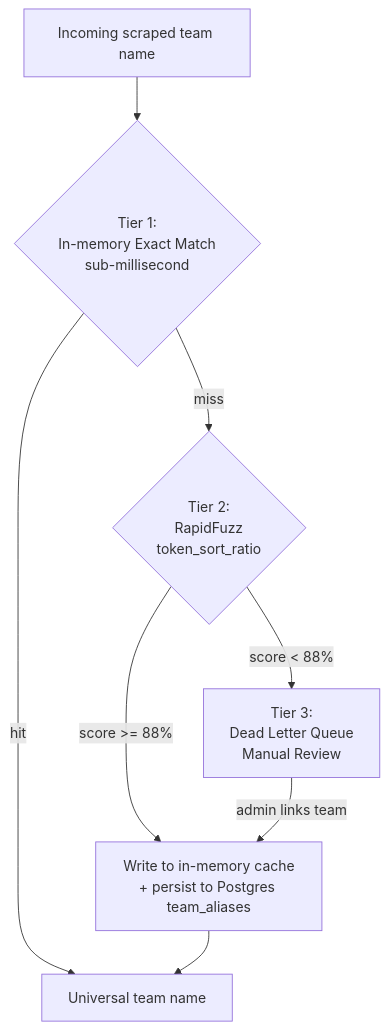
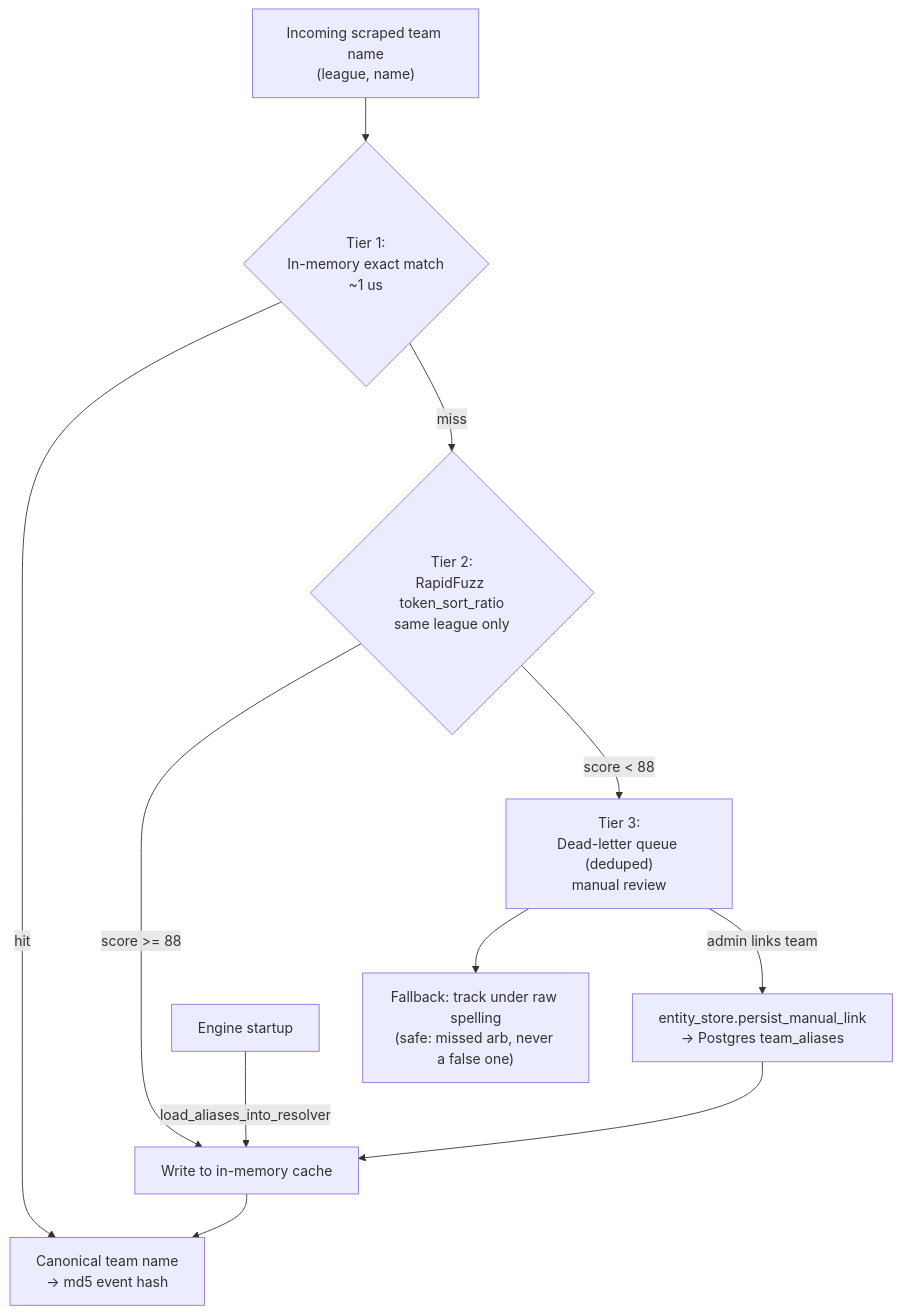
Before and after one commit to MadunaCapital/scanner-schemas: the fourth of 6 diagrams in docs/architecture-diagrams.md, drawn with Mermaid. The commit also changed other lines of this file and 2 other files, not shown here.

First line of the commit message:
Bring as-built doc and architecture diagrams up to date

````diff
--- a/docs/architecture-diagrams.md
+++ b/docs/architecture-diagrams.md
@@ -128,9 +153,11 @@
 ```mermaid
 flowchart TD
-    IN["Incoming scraped team name"] --> T1{"Tier 1:<br/>In-memory Exact Match<br/>sub-millisecond"}
-    T1 -->|hit| OUT["Universal team name"]
-    T1 -->|miss| T2{"Tier 2:<br/>RapidFuzz<br/>token_sort_ratio"}
-    T2 -->|score >= 88%| CACHE["Write to in-memory cache<br/>+ persist to Postgres team_aliases"] --> OUT
-    T2 -->|score < 88%| T3["Tier 3:<br/>Dead Letter Queue<br/>Manual Review"]
-    T3 -->|admin links team| CACHE
+    IN["Incoming scraped team name<br/>(league, name)"] --> T1{"Tier 1:<br/>In-memory exact match<br/>~1 us"}
+    T1 -->|hit| OUT["Canonical team name<br/>-> md5 event hash"]
+    T1 -->|miss| T2{"Tier 2:<br/>RapidFuzz token_sort_ratio<br/>same league only"}
+    T2 -->|score >= 88| CACHE["Write to in-memory cache"] --> OUT
+    T2 -->|score < 88| T3["Tier 3:<br/>Dead-letter queue (deduped)<br/>manual review"]
+    T3 --> RAW["Fallback: track under raw spelling<br/>(safe: missed arb, never a false one)"]
+    T3 -->|admin links team| LINK["entity_store.persist_manual_link<br/>-> Postgres team_aliases"] --> CACHE
+    STARTUP["Engine startup"] -->|load_aliases_into_resolver| CACHE
 ```
````
